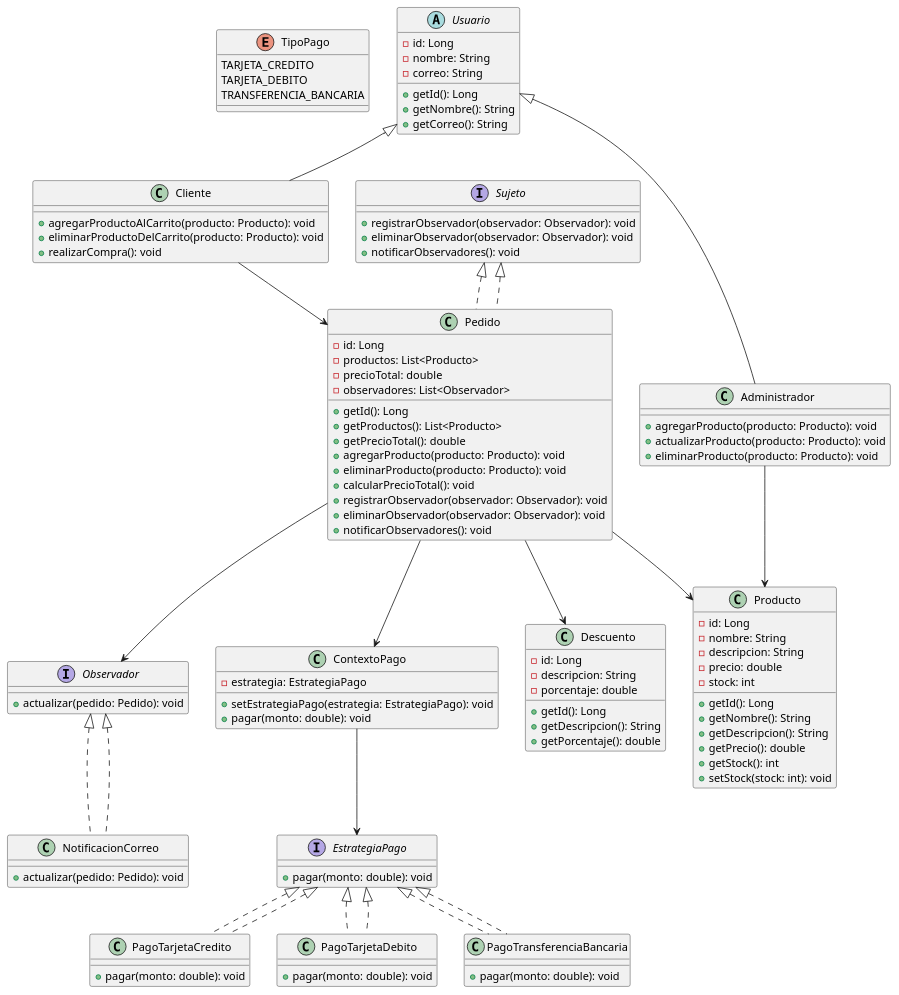
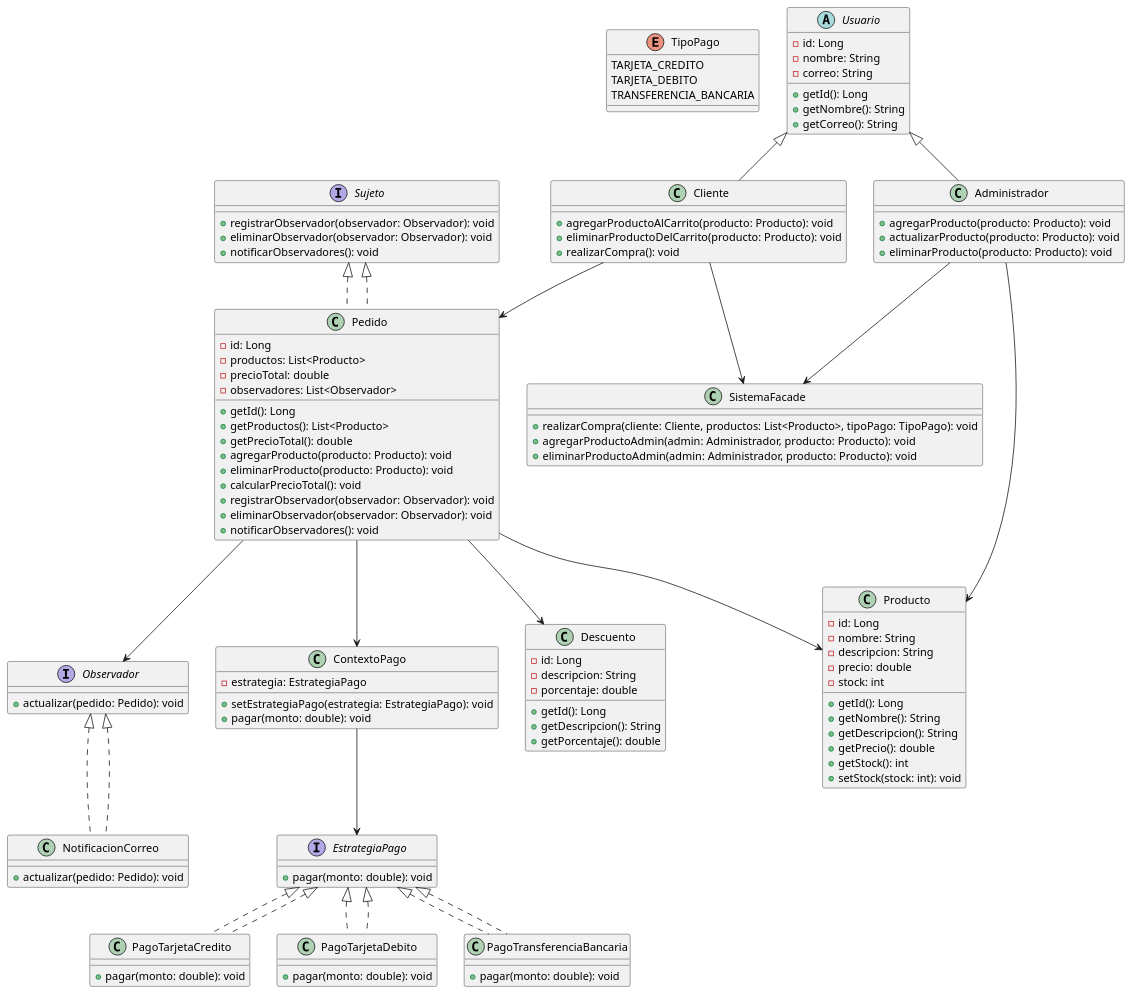
One commit to ayelencamila/POO2-Integrador changed the diagram in docs/Iteracion1/DiagramaClases_V1.puml. Above: the diagram before and after it, drawn with PlantUML. The commit also changed other lines of this file, not shown here.

Commit message:
Cambios del diagrama de clases

```diff
--- a/docs/Iteracion1/DiagramaClases_V1.puml
+++ b/docs/Iteracion1/DiagramaClases_V1.puml
@@ -1,123 +1,139 @@
 @startuml iteracion1_VentaProductosLinea
 
 ' Enumeraciones
 enum TipoPago {
     TARJETA_CREDITO
     TARJETA_DEBITO
     TRANSFERENCIA_BANCARIA
 }
 
-' Interfaces
+' Interfaces para patrones Observer y Strategy
 interface EstrategiaPago {
     +pagar(monto: double): void
 }
 
 interface Observador {
     +actualizar(pedido: Pedido): void
 }
 
 interface Sujeto {
     +registrarObservador(observador: Observador): void
     +eliminarObservador(observador: Observador): void
     +notificarObservadores(): void
 }
 
 ' Clases abstractas
 abstract class Usuario {
     -id: Long
     -nombre: String
     -correo: String
     +getId(): Long
     +getNombre(): String
     +getCorreo(): String
 }
 
-' Clases concretas
+' Clases concretas de Usuario
 class Cliente extends Usuario {
     +agregarProductoAlCarrito(producto: Producto): void
     +eliminarProductoDelCarrito(producto: Producto): void
     +realizarCompra(): void
 }
 
 class Administrador extends Usuario {
     +agregarProducto(producto: Producto): void
     +actualizarProducto(producto: Producto): void
     +eliminarProducto(producto: Producto): void
 }
 
+' Clase Producto
 class Producto {
     -id: Long
     -nombre: String
     -descripcion: String
     -precio: double
     -stock: int
     +getId(): Long
     +getNombre(): String
     +getDescripcion(): String
     +getPrecio(): double
     +getStock(): int
     +setStock(stock: int): void
 }
 
+' Clase Pedido (implementa Sujeto del patrón Observer)
 class Pedido implements Sujeto {
     -id: Long
     -productos: List<Producto>
     -precioTotal: double
     -observadores: List<Observador>
     +getId(): Long
     +getProductos(): List<Producto>
     +getPrecioTotal(): double
     +agregarProducto(producto: Producto): void
     +eliminarProducto(producto: Producto): void
     +calcularPrecioTotal(): void
     +registrarObservador(observador: Observador): void
     +eliminarObservador(observador: Observador): void
     +notificarObservadores(): void
 }
 
+' Implementación del Observador (NotificacionCorreo)
 class NotificacionCorreo implements Observador {
     +actualizar(pedido: Pedido): void
 }
 
+' Contexto y estrategias de pago (patrón Strategy)
 class ContextoPago {
     -estrategia: EstrategiaPago
     +setEstrategiaPago(estrategia: EstrategiaPago): void
     +pagar(monto: double): void
 }
 
 class PagoTarjetaCredito implements EstrategiaPago {
     +pagar(monto: double): void
 }
 
 class PagoTarjetaDebito implements EstrategiaPago {
     +pagar(monto: double): void
 }
 
 class PagoTransferenciaBancaria implements EstrategiaPago {
     +pagar(monto: double): void
 }
 
+' Clase de Descuento
 class Descuento {
     -id: Long
     -descripcion: String
     -porcentaje: double
     +getId(): Long
     +getDescripcion(): String
     +getPorcentaje(): double
 }
 
-' Relaciones
+' Clase Facade (opcional)
+class SistemaFacade {
+    +realizarCompra(cliente: Cliente, productos: List<Producto>, tipoPago: TipoPago): void
+    +agregarProductoAdmin(admin: Administrador, producto: Producto): void
+    +eliminarProductoAdmin(admin: Administrador, producto: Producto): void
+}
+
+' Relaciones de clases
 Cliente --> Pedido
 Administrador --> Producto
 Pedido --> Producto
 Pedido --> Descuento
 Pedido --> ContextoPago
 ContextoPago --> EstrategiaPago
 EstrategiaPago <|.. PagoTarjetaCredito
 EstrategiaPago <|.. PagoTarjetaDebito
 EstrategiaPago <|.. PagoTransferenciaBancaria
 Pedido --> Observador
 Observador <|.. NotificacionCorreo
 Sujeto <|.. Pedido
 
+' Relación de Cliente y Administrador con SistemaFacade (Facade opcional)
+Cliente --> SistemaFacade
+Administrador --> SistemaFacade
+
 @enduml
```
